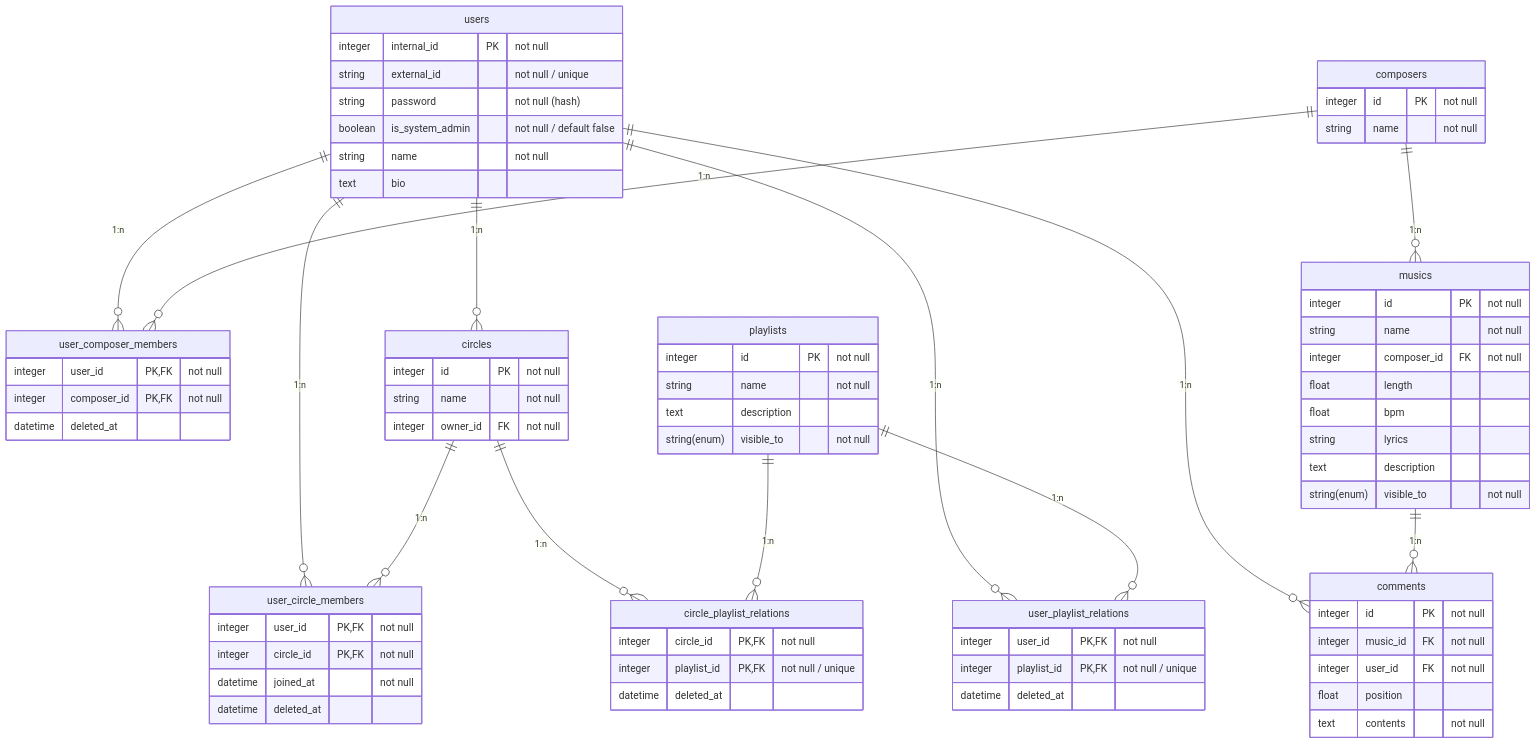
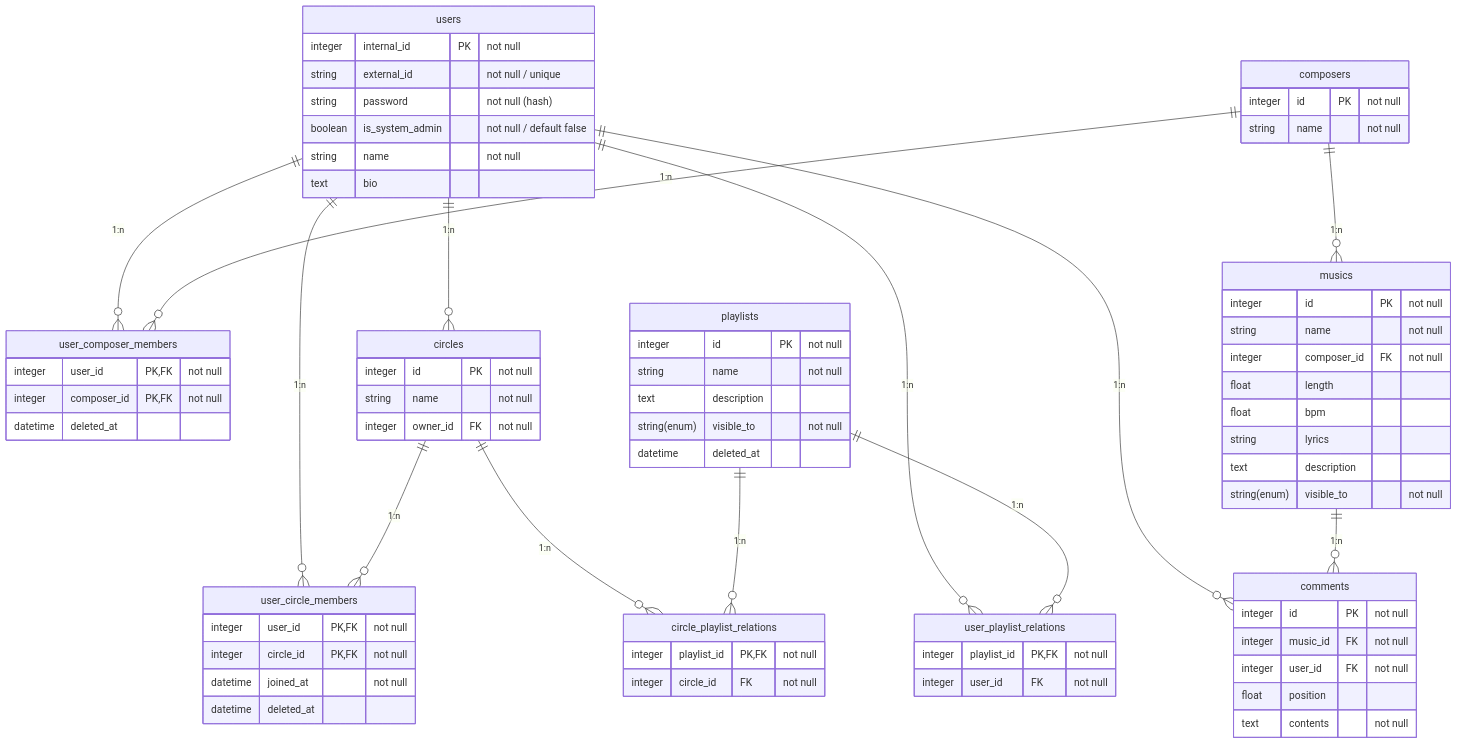
Before and after one commit to Bmbo-sprg/OtoCircle: the second of 2 diagrams in README.md, drawn with Mermaid. The commit also changed other lines of this file and 3 other files, not shown here.

```diff
--- a/README.md
+++ b/README.md
@@ -300,15 +300,13 @@
 }
 
 user_playlist_relations {
-    integer user_id PK,FK "not null"
-    integer playlist_id PK,FK "not null / unique"
-    datetime deleted_at
+    integer playlist_id PK,FK "not null"
+    integer user_id FK "not null"
 }
 
 circle_playlist_relations {
-    integer circle_id PK,FK "not null"
-    integer playlist_id PK,FK "not null / unique"
-    datetime deleted_at
+    integer playlist_id PK,FK "not null"
+    integer circle_id FK "not null"
 }
 
 playlists {
@@ -316,6 +314,7 @@
     string name "not null"
     text description
     string(enum) visible_to "not null"
+    datetime deleted_at
 }
 
 comments {
```
